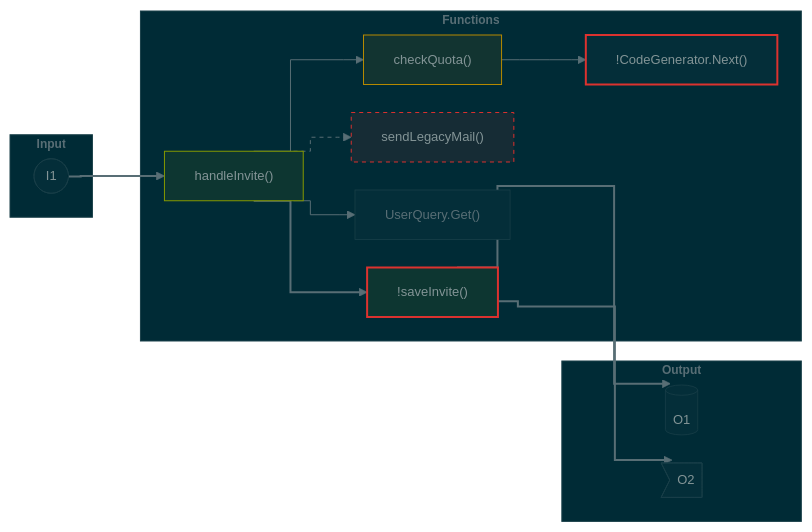
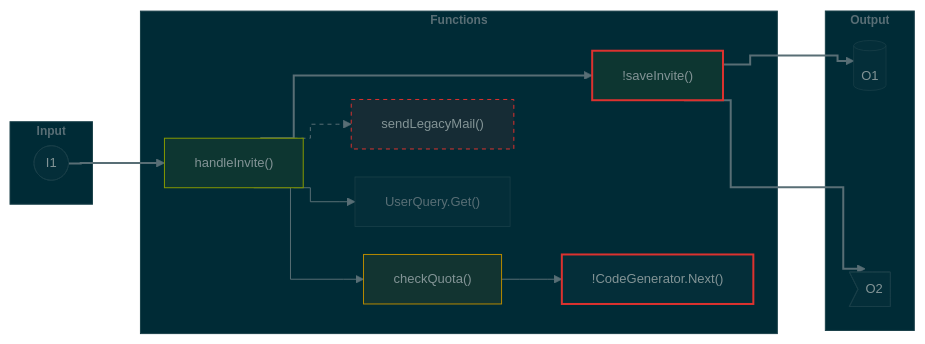
Before and after one commit to gagoar/pr-brief: diagram 15 of 17 in docs/samples/craft-themes.md, drawn with Mermaid. The commit also changed other lines of this file, not shown here.

````diff
--- a/docs/samples/craft-themes.md
+++ b/docs/samples/craft-themes.md
@@ -660,39 +690,41 @@
 ```mermaid
 %%{init: {"theme":"base","flowchart":{"curve":"step","nodeSpacing":28,"rankSpacing":48,"diagramPadding":40},"themeVariables":{"darkMode":true,"background":"#002b36","fontFamily":"Inter, Helvetica, Arial","fontSize":"13px","dropShadow":"none","primaryColor":"#042e39","primaryTextColor":"#839496","primaryBorderColor":"#1a4049","nodeTextColor":"#839496","textColor":"#839496","mainBkg":"#042e39","nodeBorder":"#1a4049","lineColor":"#586e75","clusterBkg":"#002b36","clusterBorder":"#1a4049","titleColor":"#586e75","edgeLabelBackground":"#002b36"}}}%%
 graph LR
   subgraph IN["Input"]
     I1(["I1"])
   end
   subgraph FN["Functions"]
     F1["handleInvite()"]:::added
     F2["checkQuota()"]:::modified
     F3["sendLegacyMail()"]:::removed
     F4["UserQuery.Get()"]:::context
     F5["!CodeGenerator.Next()"]:::risk
     F6["!saveInvite()"]:::riskadded
   end
   subgraph OUT["Output"]
     O1[("O1")]
     O2>"O2"]
   end
   I1 ==> F1
   F1 --> F2
   F1 --> F4
   F2 --> F5
   F1 ==> F6
   F1 -.-> F3
   F6 ==> O1
   F6 ==> O2
+  F5 ~~~ O1
+  F5 ~~~ O2
   classDef default fill:#042e39,stroke:#1a4049,stroke-width:0.75px,color:#839496,font-weight:500
   classDef added fill:#0d3631,stroke:#859900,stroke-width:1px,color:#839496,font-weight:500
   classDef modified fill:#123431,stroke:#b58900,stroke-width:1px,color:#839496,font-weight:500
   classDef removed fill:#162c35,stroke:#dc322f,stroke-width:1px,stroke-dasharray:4 4,color:#839496,font-weight:500
   classDef context fill:#042e39,stroke:#1a4049,stroke-width:0.75px,color:#586e75,font-weight:500
   classDef risk fill:#042e39,stroke:#dc322f,stroke-width:2px,color:#839496,font-weight:500
   classDef riskadded fill:#0d3631,stroke:#dc322f,stroke-width:2px,color:#839496,font-weight:500
   classDef zone fill:#002b36,stroke:#1a4049,stroke-width:1px,color:#586e75,font-weight:600,font-size:12px
   class IN,FN,OUT zone
-  linkStyle default stroke:#586e75,stroke-width:1px
+  linkStyle 1,2,3 stroke:#586e75,stroke-width:1px
   linkStyle 0,4,6,7 stroke:#586e75,stroke-width:2px
   linkStyle 5 stroke:#586e75,stroke-width:1px,stroke-dasharray:4 4
 ```
````
